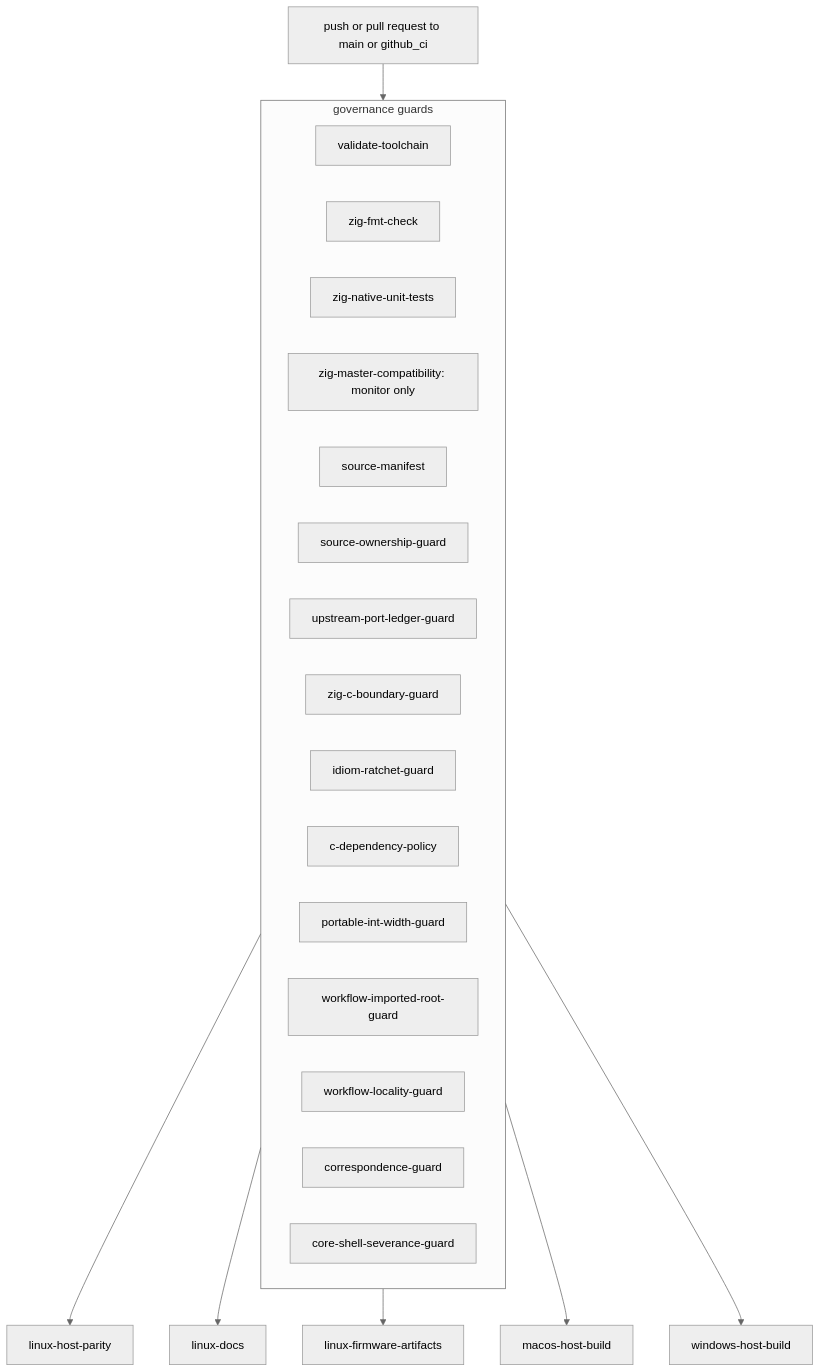
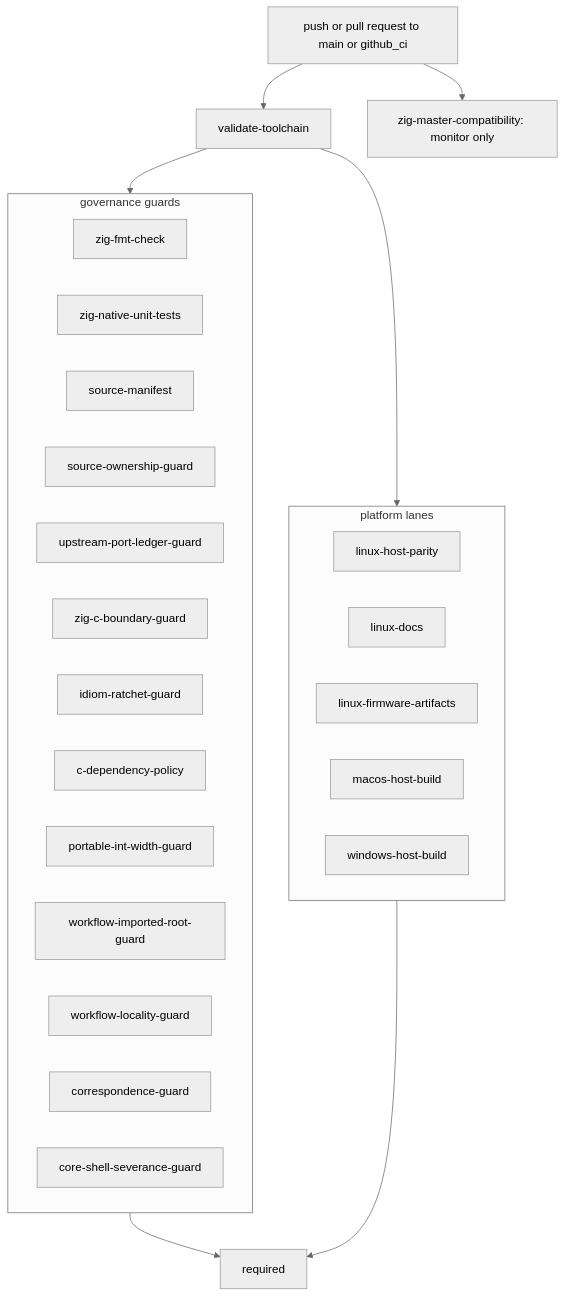
Before and after one commit to ppigazzini/z47: the diagram in docs/60-ci-and-release-workflow.md, drawn with Mermaid (neutral theme). The commit also changed other lines of this file and 2 other files, not shown here.

First line of the commit message:
ci: start every lane after the toolchain check and judge them together

````diff
--- a/docs/60-ci-and-release-workflow.md
+++ b/docs/60-ci-and-release-workflow.md
@@ -33,29 +38,34 @@
 ```mermaid
 flowchart TD
-  A[push or pull request to main or github_ci]
+  A[push or pull request to main or github_ci] --> B[validate-toolchain]
 
   subgraph guards[governance guards]
-    B[validate-toolchain]
     C[zig-fmt-check]
     D[zig-native-unit-tests]
-    E[zig-master-compatibility: monitor only]
     F[source-manifest]
     G[source-ownership-guard]
     H[upstream-port-ledger-guard]
     I[zig-c-boundary-guard]
     J[idiom-ratchet-guard]
     K[c-dependency-policy]
     L[portable-int-width-guard]
     M[workflow-imported-root-guard]
     N[workflow-locality-guard]
     O[correspondence-guard]
     P2[core-shell-severance-guard]
   end
 
-  A --> guards
-  guards --> P[linux-host-parity]
-  guards --> Q[linux-docs]
-  guards --> R[linux-firmware-artifacts]
-  guards --> S[macos-host-build]
-  guards --> T[windows-host-build]
+  subgraph lanes[platform lanes]
+    P[linux-host-parity]
+    Q[linux-docs]
+    R[linux-firmware-artifacts]
+    S[macos-host-build]
+    T[windows-host-build]
+  end
+
+  A --> E[zig-master-compatibility: monitor only]
+  B --> guards
+  B --> lanes
+  guards --> Z[required]
+  lanes --> Z
 ```
````
